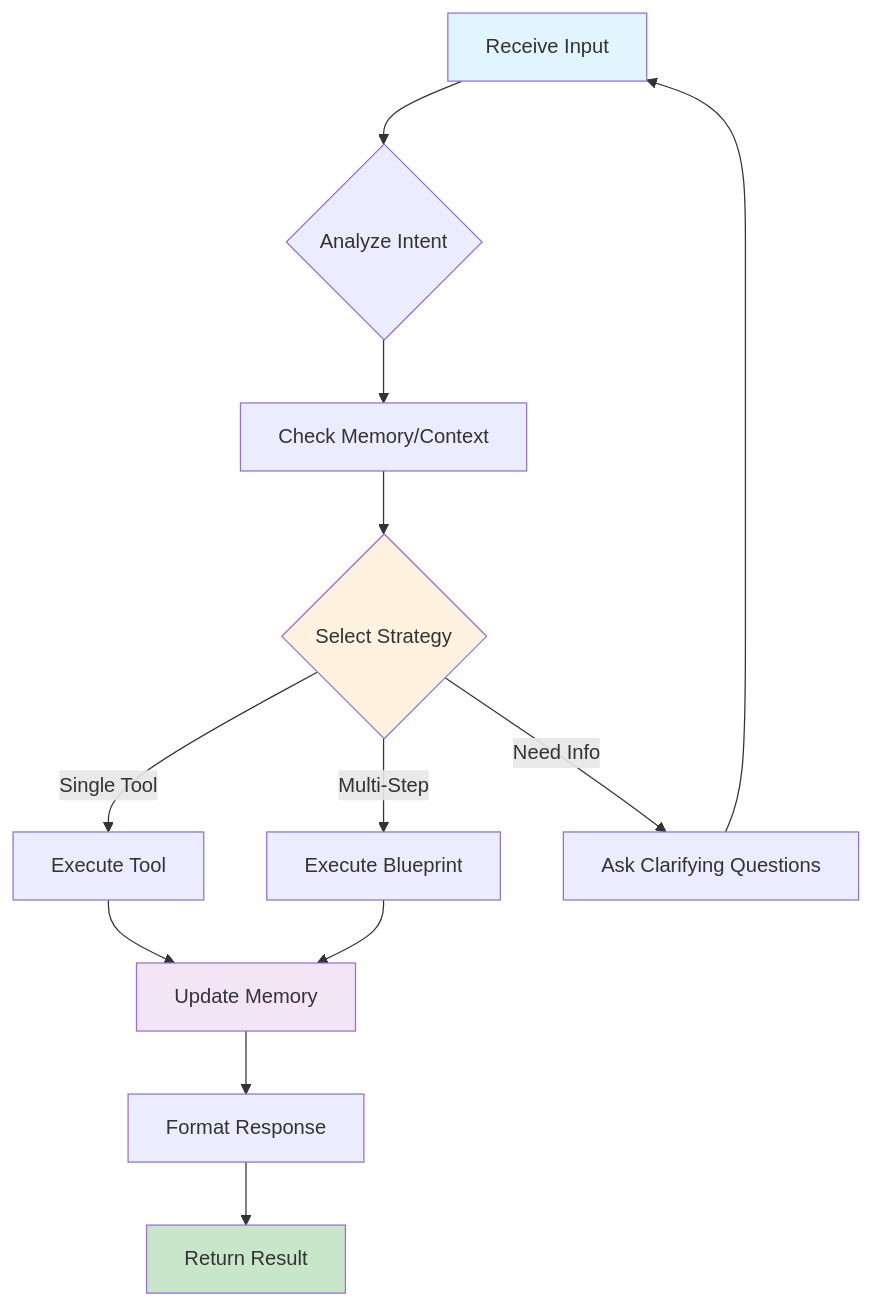
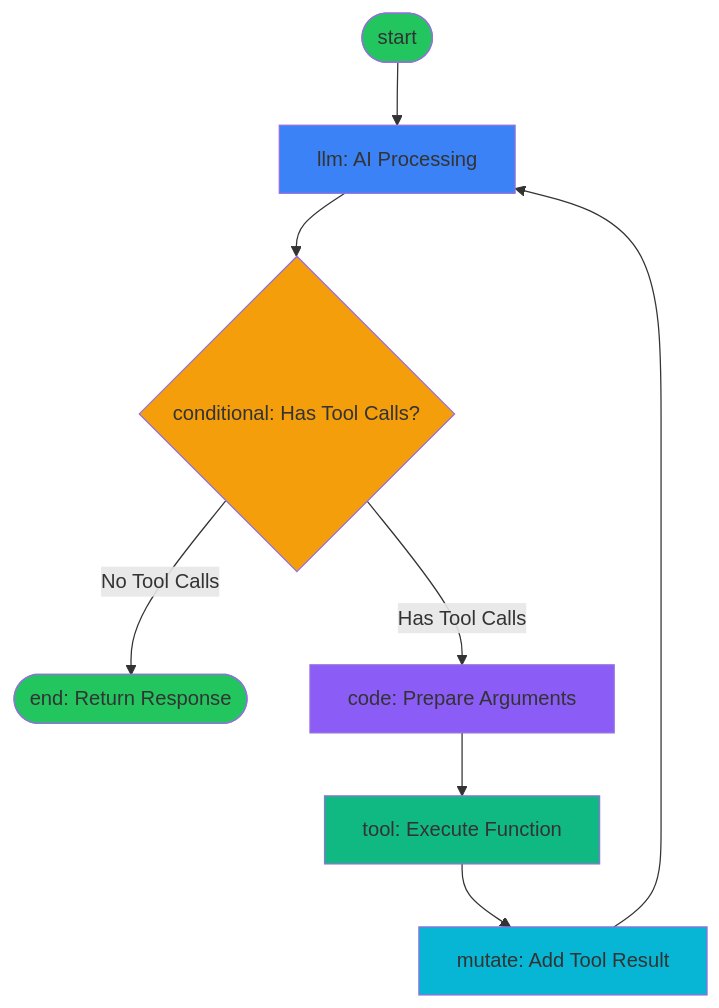
One commit to theingenuityco/starships.ai changed the first of 2 diagrams in packages/docs/content/docs/core-concepts/agents.mdx. Above: the diagram before and after it, drawn with Mermaid. The commit also changed other lines of this file, not shown here.

First line of the commit message:
docs: enhance agents architecture documentation with universal blueprint pattern

````diff
--- a/packages/docs/content/docs/core-concepts/agents.mdx
+++ b/packages/docs/content/docs/core-concepts/agents.mdx
@@ -48,19 +44,20 @@
 ```mermaid
 graph TD
-    A[Receive Input] --> B{Analyze Intent}
-    B --> C[Check Memory/Context]
-    C --> D{Select Strategy}
-    D -->|Single Tool| E[Execute Tool]
-    D -->|Multi-Step| F[Execute Blueprint]
-    D -->|Need Info| G[Ask Clarifying Questions]
-    E --> H[Update Memory]
-    F --> H
-    G --> A
-    H --> I[Format Response]
-    I --> J[Return Result]
+    START([start]) --> LLM[llm: AI Processing]
+    LLM --> CHECK{conditional: Has Tool Calls?}
     
-    style A fill:#e1f5fe
-    style J fill:#c8e6c9
-    style D fill:#fff3e0
-    style H fill:#f3e5f5
+    CHECK -->|No Tool Calls| END([end: Return Response])
+    CHECK -->|Has Tool Calls| ARGS[code: Prepare Arguments]
+    
+    ARGS --> TOOL[tool: Execute Function]
+    TOOL --> RESULT[mutate: Add Tool Result]
+    RESULT --> LLM
+    
+    style START fill:#22c55e
+    style END fill:#22c55e
+    style LLM fill:#3b82f6
+    style CHECK fill:#f59e0b
+    style ARGS fill:#8b5cf6
+    style TOOL fill:#10b981
+    style RESULT fill:#06b6d4
 ```
````
